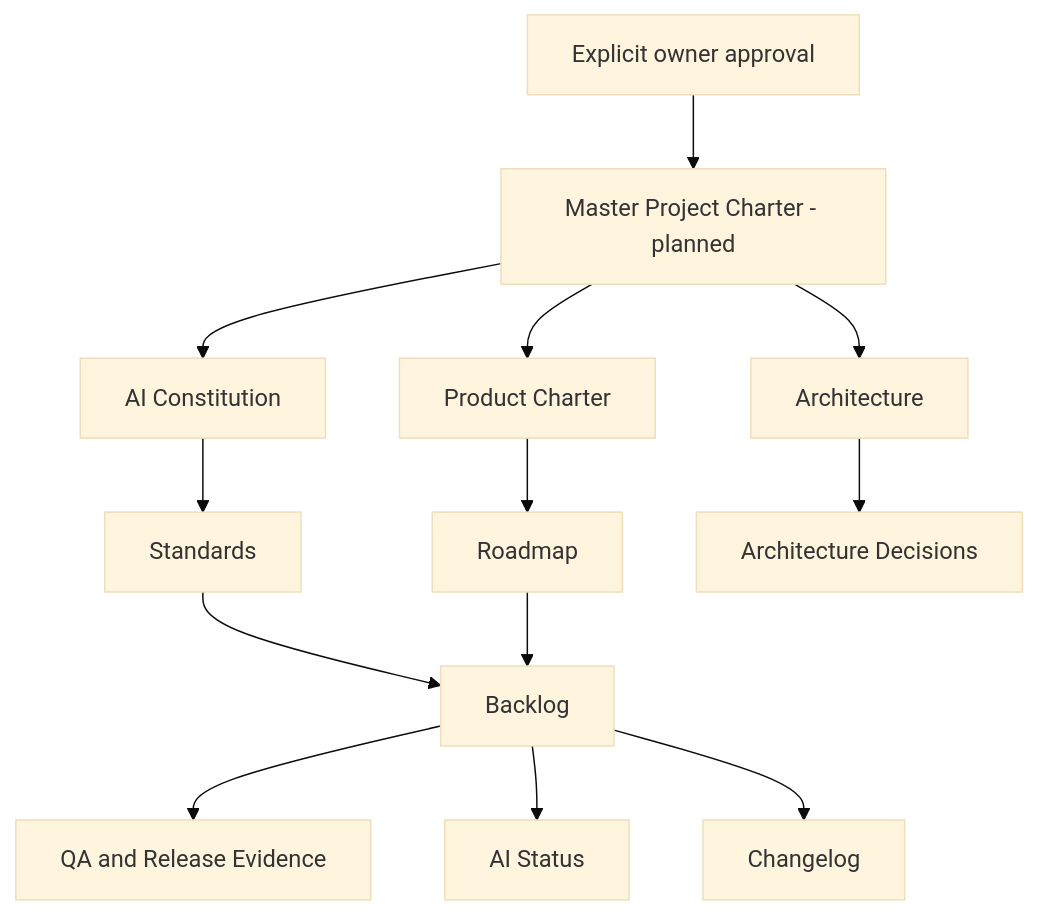
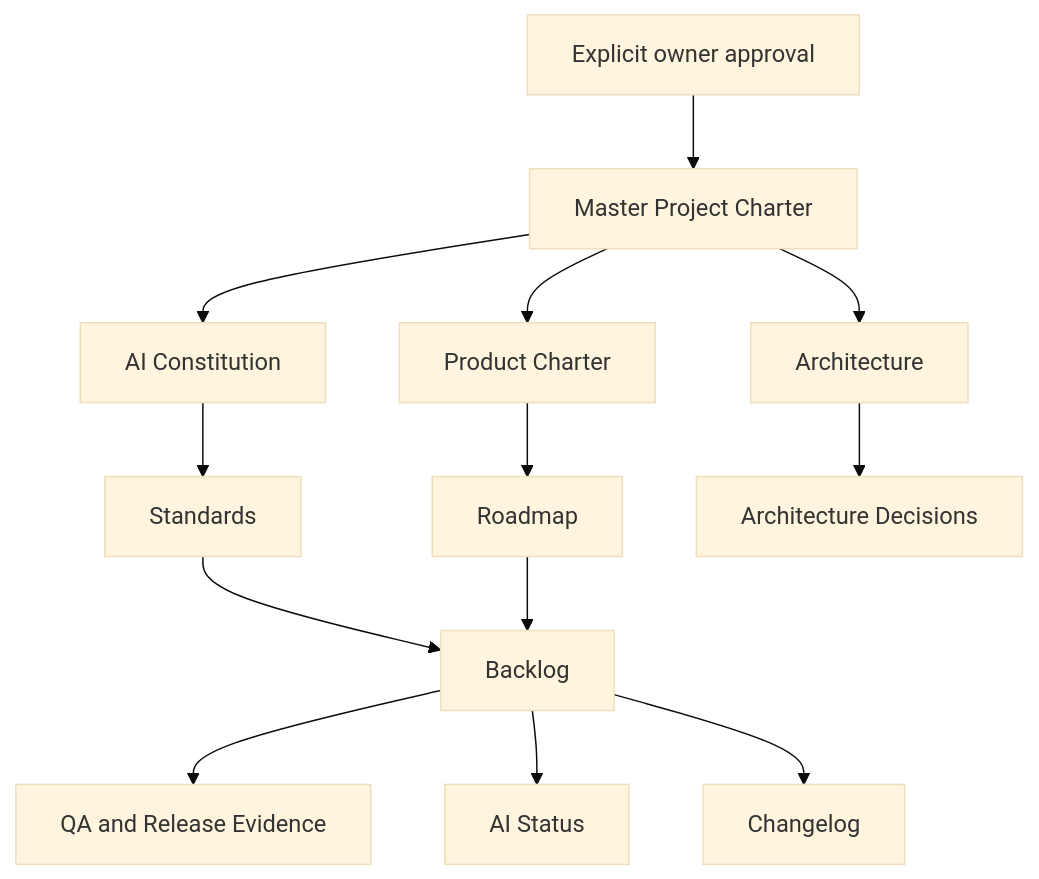
Before and after one commit to modelz150-netizen/factory-utility-platform: the diagram in 00_Governance/README.md, drawn with Mermaid (base theme). The commit also changed other lines of this file, not shown here.

Commit message:
Record current Charter authority

````diff
--- a/00_Governance/README.md
+++ b/00_Governance/README.md
@@ -41,15 +41,15 @@
 ```mermaid
 flowchart TD
-    U["Explicit owner approval"] --> C["Master Project Charter - planned"]
+    U["Explicit owner approval"] --> C["Master Project Charter"]
     C --> A["AI Constitution"]
     C --> P["Product Charter"]
     C --> R["Architecture"]
     A --> S["Standards"]
     P --> RM["Roadmap"]
     R --> D["Architecture Decisions"]
     S --> B["Backlog"]
     RM --> B
     B --> Q["QA and Release Evidence"]
     B --> ST["AI Status"]
     B --> CL["Changelog"]
 ```
````
